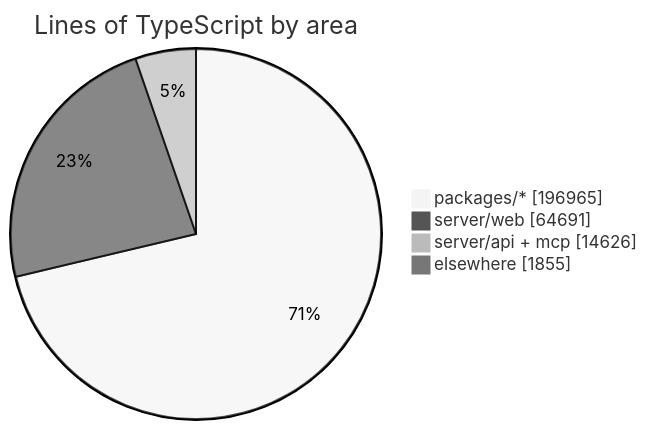
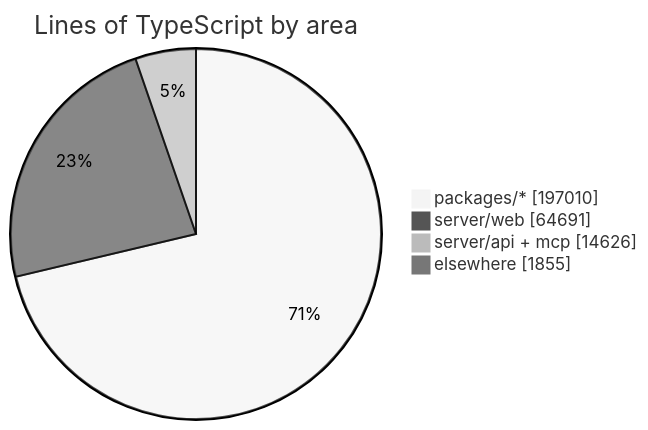
The diagram in README.md (crossworks-engineering/mantle), drawn with Mermaid (neutral theme) before and after one commit. The commit also changed other lines of this file and 2 other files, not shown here.

````diff
--- a/README.md
+++ b/README.md
@@ -287,7 +287,7 @@
 ```mermaid
 pie showData title Lines of TypeScript by area
-    "packages/*" : 196965
+    "packages/*" : 197010
     "server/web" : 64691
     "server/api + mcp" : 14626
     "elsewhere" : 1855
 ```
````
